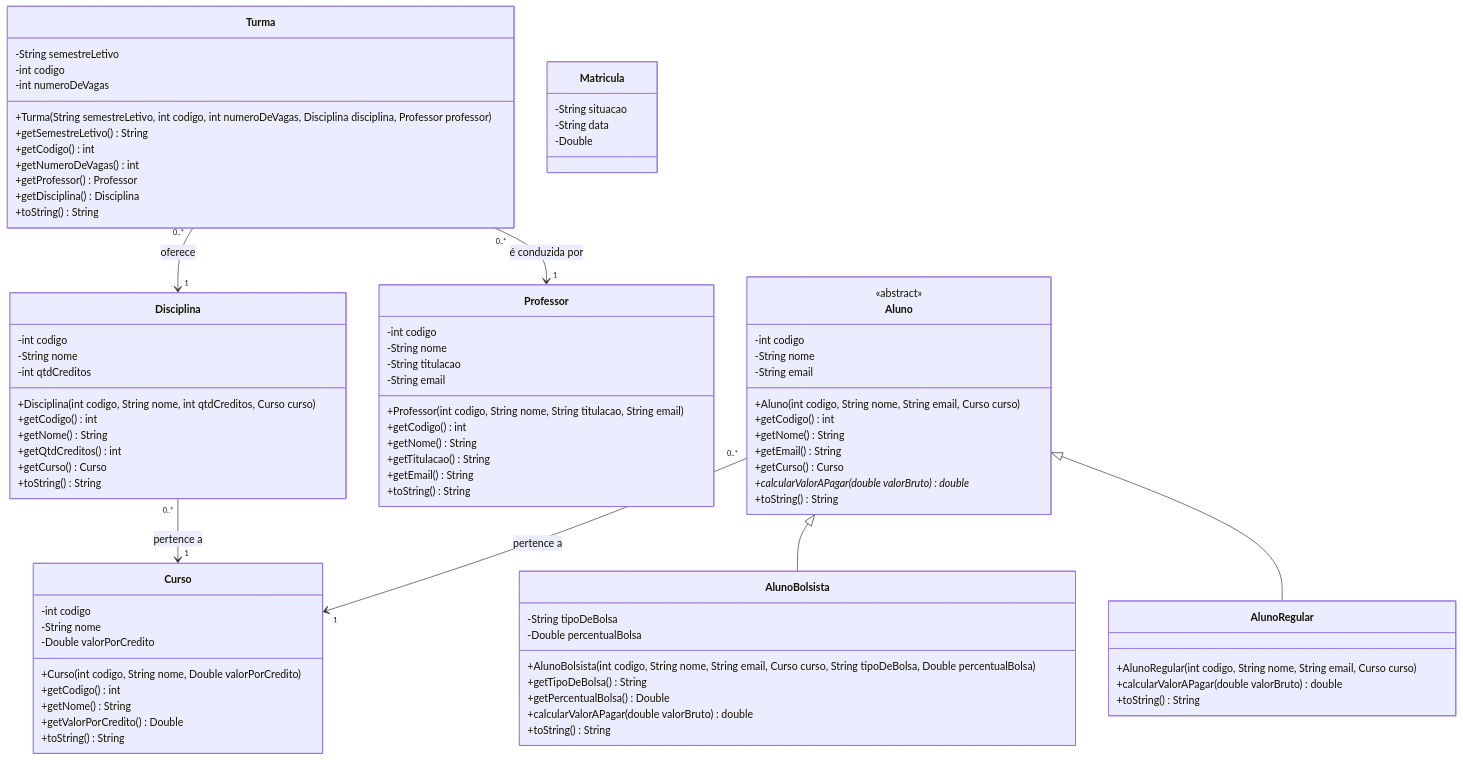
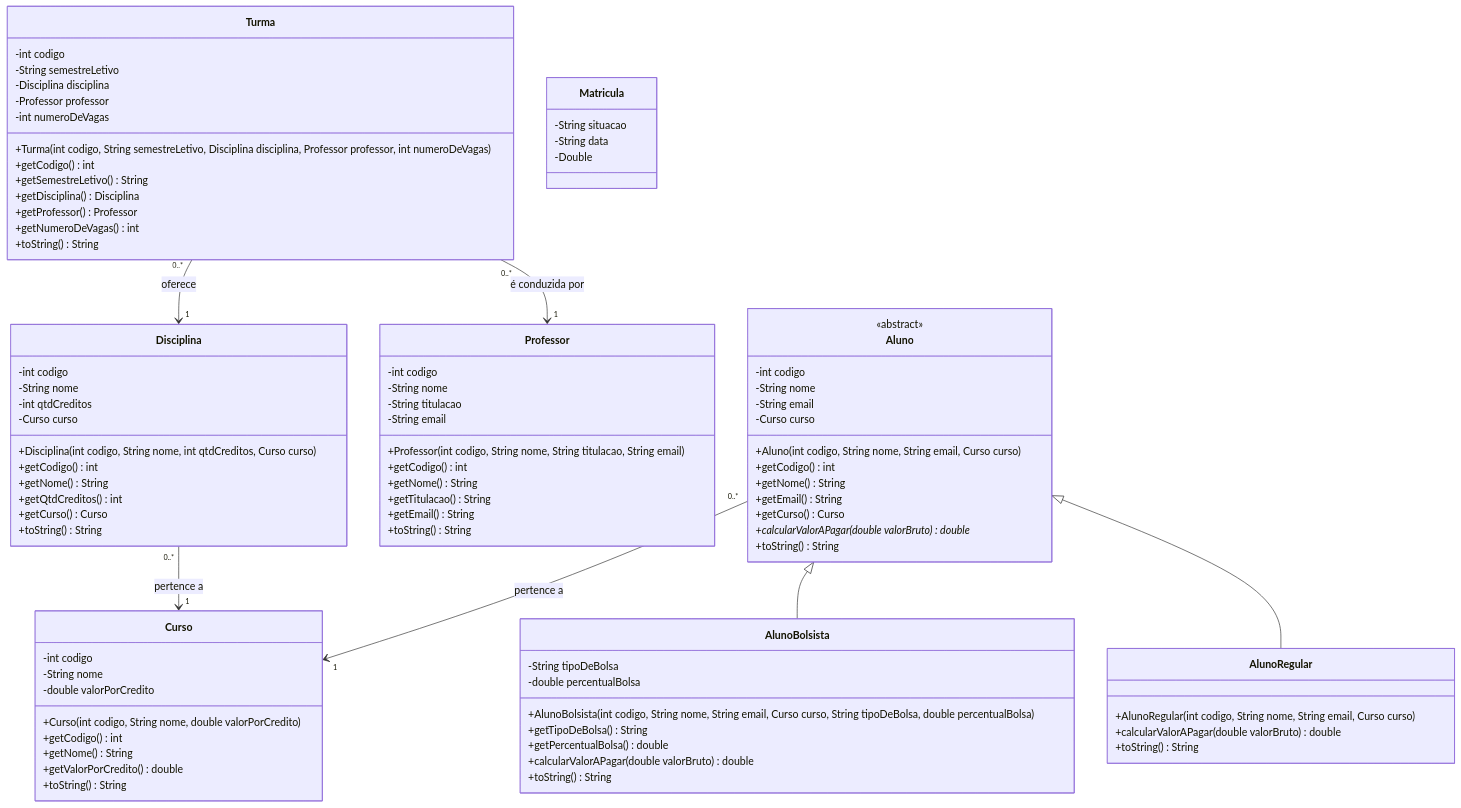
The diagram in src/classDiagrama.mmd (bsmsoma/pooFinal), drawn with Mermaid before and after one commit. The commit also changed 5 other files, not shown here.

Commit message:
refactor: align names with class diagram

```diff
--- a/src/classDiagrama.mmd
+++ b/src/classDiagrama.mmd
@@ -1,138 +1,142 @@
 classDiagram
 
   class Aluno {
     <<abstract>>
     -int codigo
     -String nome
     -String email
+    -Curso curso
 
     +Aluno(int codigo, String nome, String email, Curso curso)
 
     +getCodigo() int
     +getNome() String
     +getEmail() String
     +getCurso() Curso
 
     %% Abstrato: cada subclasse decide como aplicar (ou nao) desconto sobre o valor bruto.
     +calcularValorAPagar(double valorBruto) double*
 
     %% Imprime os dados comuns (codigo, nome, email, curso).
     +toString() String
   }
 
   class AlunoBolsista{
     -String tipoDeBolsa
-    -Double percentualBolsa
+    -double percentualBolsa
 
-    +AlunoBolsista(int codigo, String nome, String email, Curso curso, String tipoDeBolsa, Double percentualBolsa)
+    +AlunoBolsista(int codigo, String nome, String email, Curso curso, String tipoDeBolsa, double percentualBolsa)
 
     +getTipoDeBolsa() String
-    +getPercentualBolsa() Double
+    +getPercentualBolsa() double
 
     %% @Override - paga o valor bruto reduzido pelo percentual da bolsa.
     +calcularValorAPagar(double valorBruto) double
 
     %% @Override - chama super.toString() e acrescenta tipoDeBolsa e percentualBolsa.
     +toString() String
   }
 
   class AlunoRegular{
     %%AlunoRegular Precisa de Atributos? Eu acho que não.
     +AlunoRegular(int codigo, String nome, String email, Curso curso)
 
     %% @Override - paga o valor bruto cheio, sem desconto.
     +calcularValorAPagar(double valorBruto) double
 
     %% @Override - chama super.toString() so pra identificar como Regular.
     +toString() String
   }
     %% AlunoBolsista e AlunoRegular Herdam Aluno.
     Aluno <|-- AlunoBolsista
     Aluno <|-- AlunoRegular
 
 
   class Professor {
     -int codigo
     -String nome
     -String titulacao
     -String email
 
     +Professor(int codigo, String nome, String titulacao, String email)
 
     +getCodigo() int
     +getNome() String
     +getTitulacao() String
     +getEmail() String
 
     +toString() String
   }
 
   class Curso {
     -int codigo
     -String nome
-    -Double valorPorCredito
+    -double valorPorCredito
 
-    +Curso(int codigo, String nome, Double valorPorCredito)
+    +Curso(int codigo, String nome, double valorPorCredito)
 
     %% Sem setters
     +getCodigo() int
     +getNome() String
-    +getValorPorCredito() Double
+    +getValorPorCredito() double
 
     +toString() String
   }
 
   class Disciplina {
     -int codigo
     -String nome
     -int qtdCreditos
+    -Curso curso
 
     +Disciplina(int codigo, String nome, int qtdCreditos, Curso curso)
 
     +getCodigo() int
     +getNome() String
     +getQtdCreditos() int
     +getCurso() Curso
 
     +toString() String
   }
   %% Disciplina é associação de Curso, pois cada uma apenas
   %% guarda uma referencia de outra. Vivem independentes,
   %% cada uma com seu ciclo de vida.
 
   %% Associação -- Disciplina (0 ou várias) pertence a Curso (exatamente 1).
   Disciplina "0..*" --> "1" Curso : pertence a
 
   class Turma {
+    -int codigo
     -String semestreLetivo
-    -int codigo
+    -Disciplina disciplina
+    -Professor professor
     -int numeroDeVagas
 
-    +Turma(String semestreLetivo, int codigo, int numeroDeVagas, Disciplina disciplina, Professor professor)
+    +Turma(int codigo, String semestreLetivo, Disciplina disciplina, Professor professor, int numeroDeVagas)
 
+    +getCodigo() int
     +getSemestreLetivo() String
-    +getCodigo() int
+    +getDisciplina() Disciplina
+    +getProfessor() Professor
     +getNumeroDeVagas() int
-    +getProfessor() Professor
-    +getDisciplina() Disciplina
 
     +toString() String
   }
 
   class Matricula {
     -String situacao
     -String data
     -Double
   }
 
   %% Associação -- Turma (0 ou várias) é conduzida por Professor (exatamente 1).
   %% O mesmo professor pode assumir várias turmas.
   Turma "0..*" --> "1" Professor : é conduzida por
 
   %% Associação -- Turma (0 ou várias) oferece Disciplina (exatamente 1).
   %% A mesma disciplina pode ser oferecida em várias turmas.
   Turma "0..*" --> "1" Disciplina : oferece
 
   %% Associação -- Aluno (0 ou vários) pertence a Curso (exatamente 1)
   %% Um curso pode ter vários Alunos.
   Aluno "0..*" --> "1" Curso : pertence a
```
